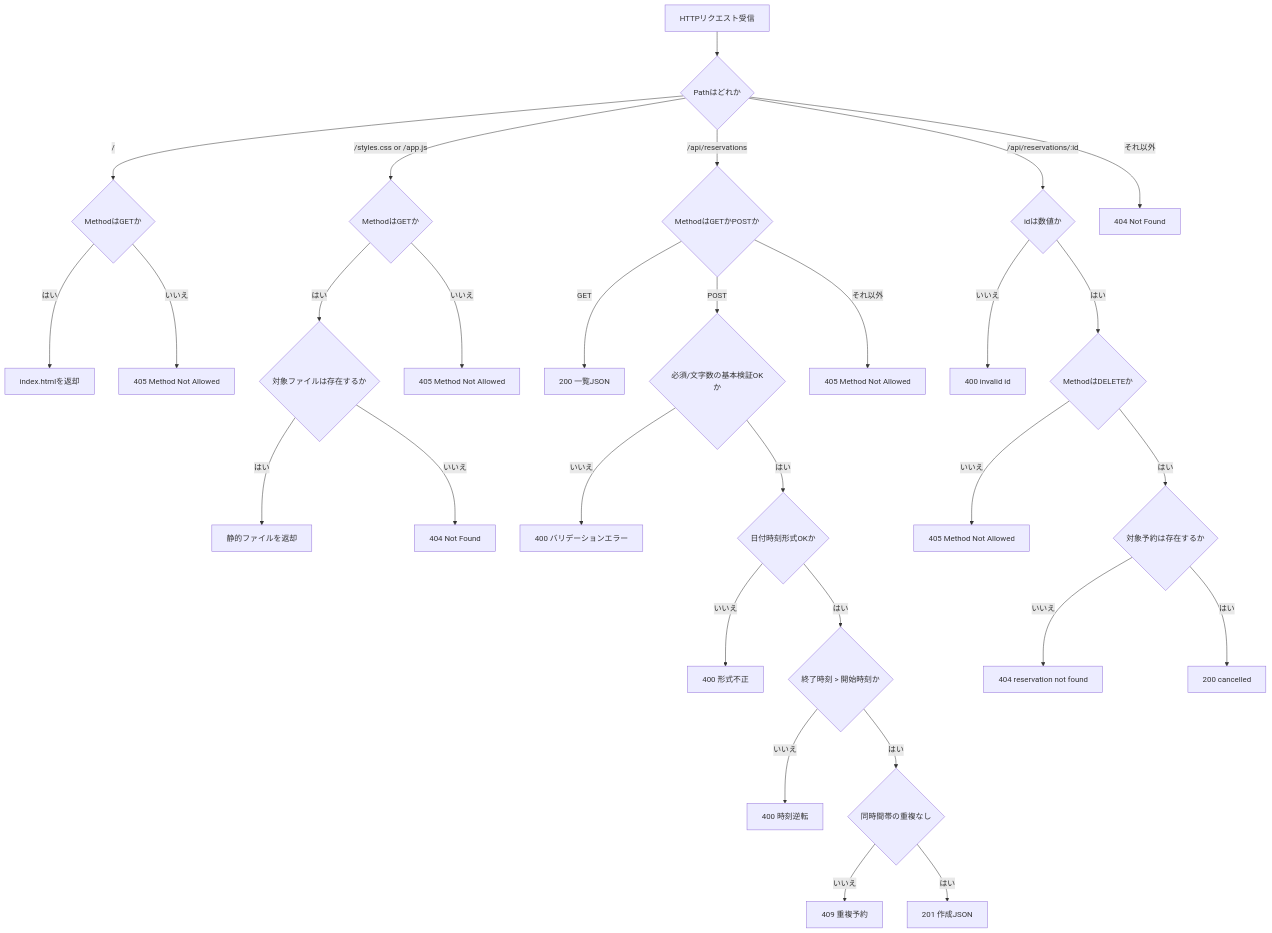
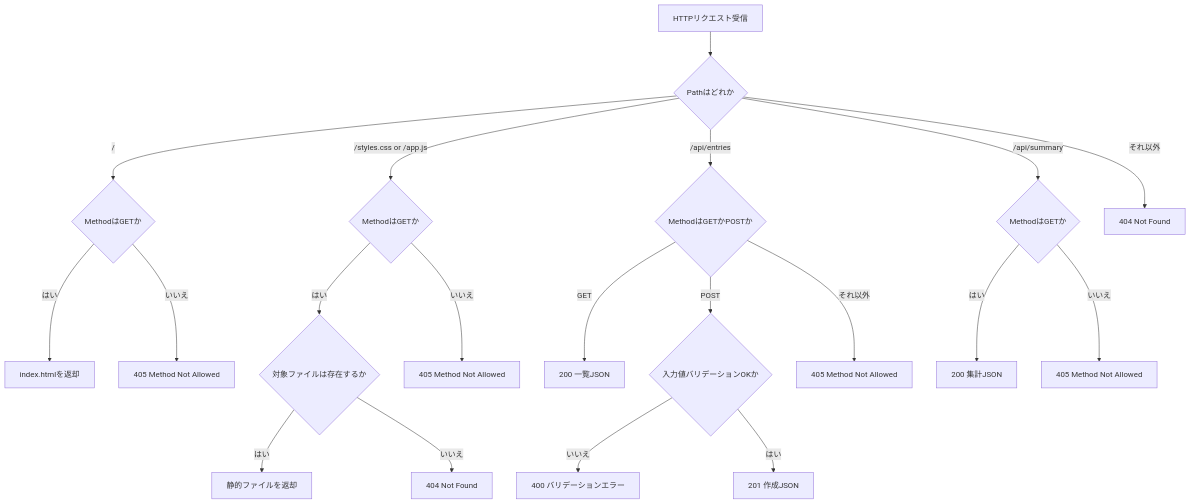
The third of 3 diagrams in docs/curriculum/web-app(簡易版)/lesson4.md (kiyomiya38/order-management-springboot), drawn with Mermaid before and after one commit. The commit also changed other lines of this file and 32 other files, not shown here.

````diff
--- a/docs/curriculum/web-app(簡易版)/lesson4.md
+++ b/docs/curriculum/web-app(簡易版)/lesson4.md
@@ -138,37 +137,27 @@
 ```mermaid
 flowchart TD
   A[HTTPリクエスト受信] --> P{Pathはどれか}
 
   P -->|/| R1{MethodはGETか}
   R1 -->|はい| OK1[index.htmlを返却]
   R1 -->|いいえ| E405A[405 Method Not Allowed]
 
   P -->|/styles.css or /app.js| R2{MethodはGETか}
   R2 -->|はい| F{対象ファイルは存在するか}
   F -->|はい| OK2[静的ファイルを返却]
   F -->|いいえ| E404A[404 Not Found]
   R2 -->|いいえ| E405B[405 Method Not Allowed]
 
-  P -->|/api/reservations| R3{MethodはGETかPOSTか}
+  P -->|/api/entries| R3{MethodはGETかPOSTか}
   R3 -->|GET| OK3[200 一覧JSON]
-  R3 -->|POST| V1{必須/文字数の基本検証OKか}
-  V1 -->|いいえ| E400A[400 バリデーションエラー]
-  V1 -->|はい| V2{日付時刻形式OKか}
-  V2 -->|いいえ| E400B[400 形式不正]
-  V2 -->|はい| V3{終了時刻 > 開始時刻か}
-  V3 -->|いいえ| E400C[400 時刻逆転]
-  V3 -->|はい| V4{同時間帯の重複なし}
-  V4 -->|いいえ| E409A[409 重複予約]
-  V4 -->|はい| OK4[201 作成JSON]
+  R3 -->|POST| V{入力値バリデーションOKか}
+  V -->|いいえ| E400A[400 バリデーションエラー]
+  V -->|はい| OK4[201 作成JSON]
   R3 -->|それ以外| E405C[405 Method Not Allowed]
 
-  P -->|/api/reservations/:id| R4{idは数値か}
-  R4 -->|いいえ| E400D[400 invalid id]
-  R4 -->|はい| M{MethodはDELETEか}
-  M -->|いいえ| E405D[405 Method Not Allowed]
-  M -->|はい| EX{対象予約は存在するか}
-  EX -->|いいえ| E404B[404 reservation not found]
-  EX -->|はい| OK5[200 cancelled]
+  P -->|/api/summary| R4{MethodはGETか}
+  R4 -->|はい| OK5[200 集計JSON]
+  R4 -->|いいえ| E405D[405 Method Not Allowed]
 
-  P -->|それ以外| E404C[404 Not Found]
+  P -->|それ以外| E404B[404 Not Found]
 ```
````
